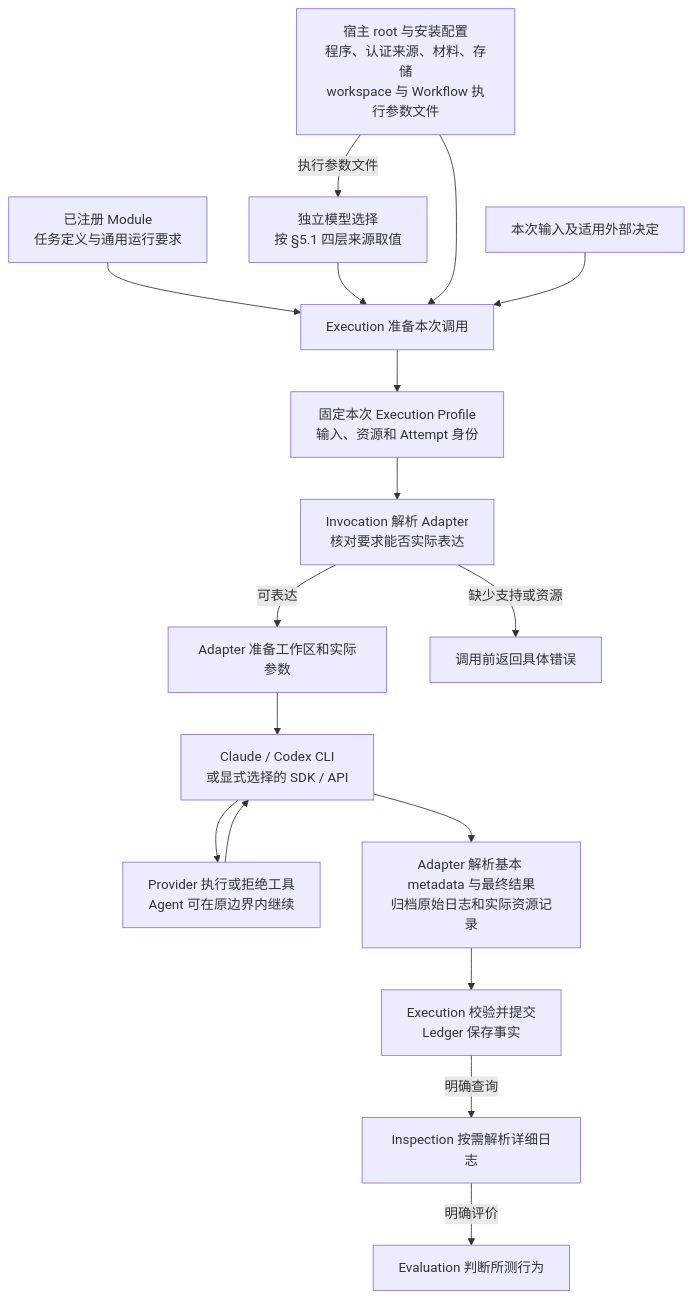
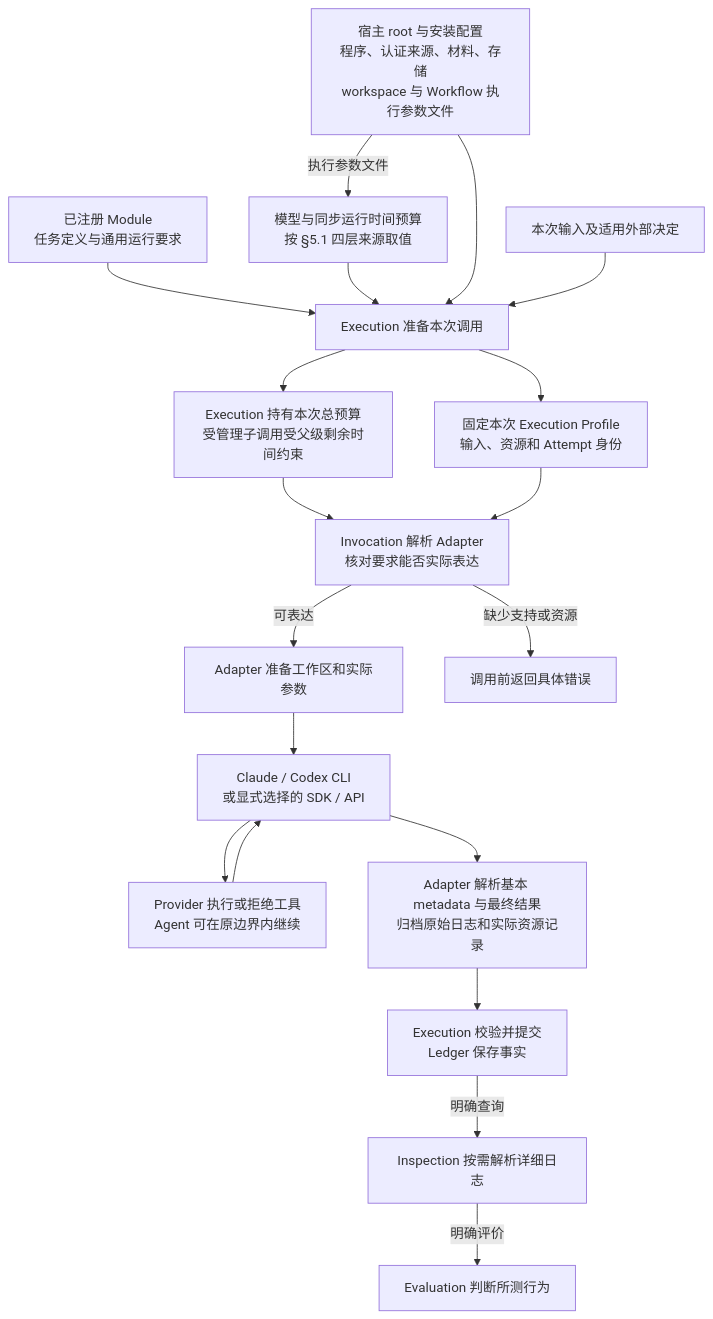
Before and after one commit to bobaoai/agent_runtime: the diagram in src/agent_runtime/design_contract/agent_runtime_08_agent_execution_adapter_contract.md, drawn with Mermaid. The commit also changed other lines of this file and 6 other files, not shown here.

````diff
--- a/src/agent_runtime/design_contract/agent_runtime_08_agent_execution_adapter_contract.md
+++ b/src/agent_runtime/design_contract/agent_runtime_08_agent_execution_adapter_contract.md
@@ -36,19 +36,21 @@
 ```mermaid
 flowchart TD
     M["已注册 Module<br/>任务定义与通用运行要求"] --> E["Execution 准备本次调用"]
-    C["独立模型选择<br/>按 §5.1 四层来源取值"] --> E
+    C["模型与同步运行时间预算<br/>按 §5.1 四层来源取值"] --> E
     H["宿主 root 与安装配置<br/>程序、认证来源、材料、存储<br/>workspace 与 Workflow 执行参数文件"] --> E
     H -->|执行参数文件| C
     I["本次输入及适用外部决定"] --> E
     E --> P["固定本次 Execution Profile<br/>输入、资源和 Attempt 身份"]
+    E --> B["Execution 持有本次总预算<br/>受管理子调用受父级剩余时间约束"]
+    B --> A
     P --> A["Invocation 解析 Adapter<br/>核对要求能否实际表达"]
     A -->|可表达| S["Adapter 准备工作区和实际参数"]
     A -->|缺少支持或资源| F["调用前返回具体错误"]
     S --> CLI["Claude / Codex CLI<br/>或显式选择的 SDK / API"]
     CLI --> T["Provider 执行或拒绝工具<br/>Agent 可在原边界内继续"]
     T --> CLI
     CLI --> R["Adapter 解析基本 metadata 与最终结果<br/>归档原始日志和实际资源记录"]
     R --> L["Execution 校验并提交<br/>Ledger 保存事实"]
     L -->|明确查询| Q["Inspection 按需解析详细日志"]
     Q -->|明确评价| V["Evaluation 判断所测行为"]
 ```
````
